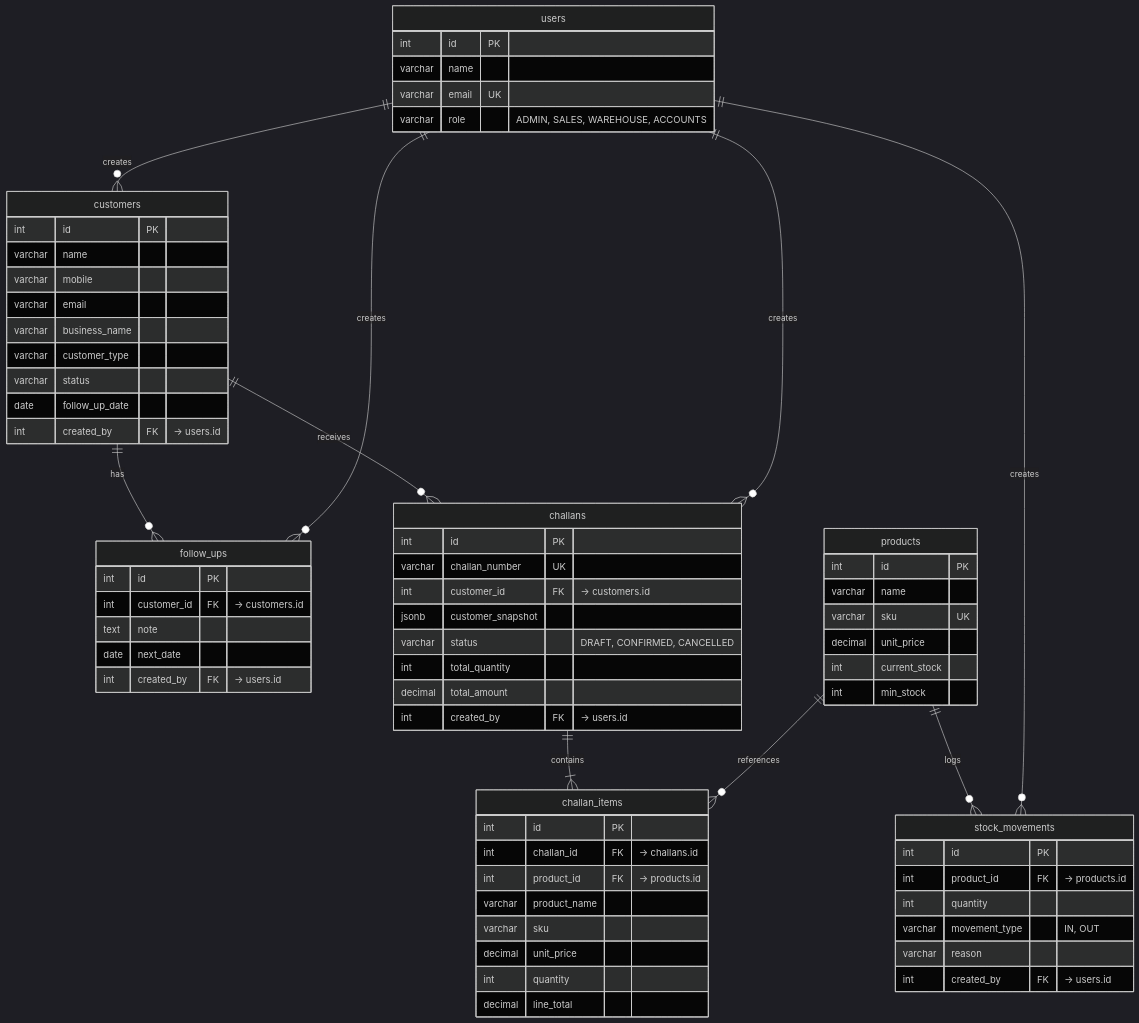
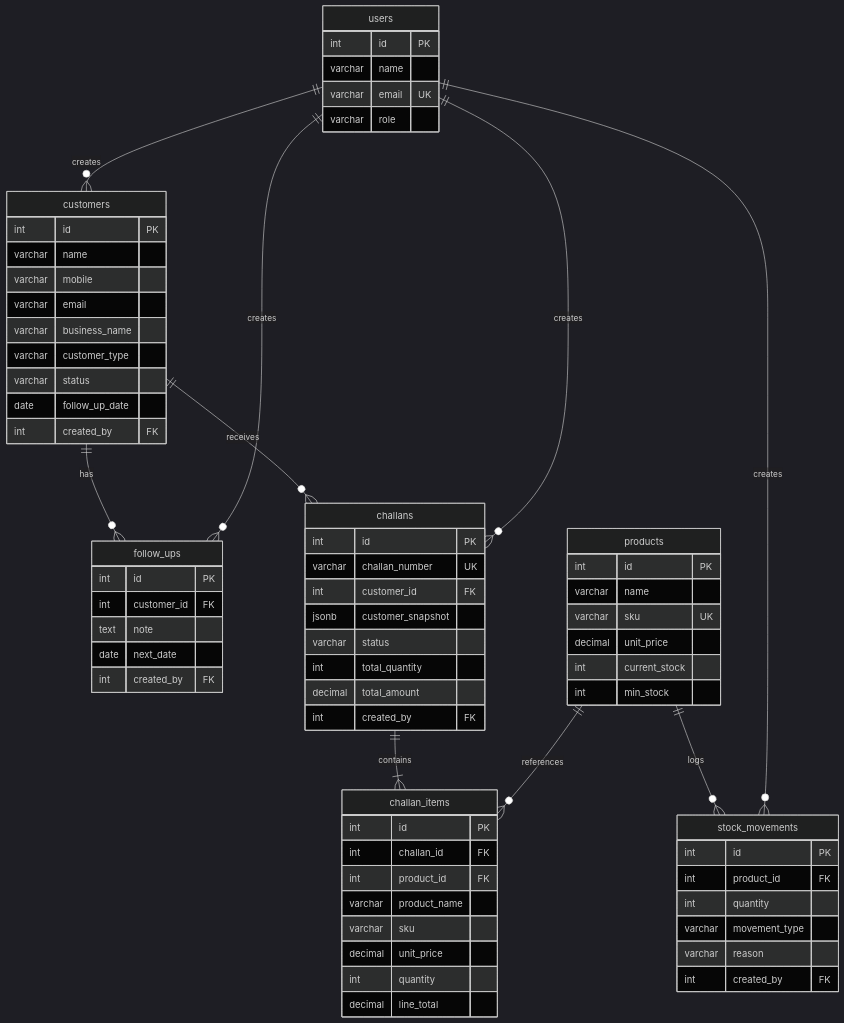
The second of 2 diagrams in docs/ARCHITECTURE.md (Maadhava-Reddy/flowstack-erp), drawn with Mermaid (dark theme) before and after one commit. The commit also changed other lines of this file, not shown here.

Commit message:
fix: correct Mermaid syntax in ARCHITECTURE.md so GitHub can render diagrams properly

````diff
--- a/docs/ARCHITECTURE.md
+++ b/docs/ARCHITECTURE.md
@@ -66,79 +66,79 @@
 ```mermaid
 erDiagram
     users {
         int id PK
         varchar name
         varchar email UK
-        varchar role "ADMIN, SALES, WAREHOUSE, ACCOUNTS"
+        varchar role
     }
     
     customers {
         int id PK
         varchar name
         varchar mobile
         varchar email
         varchar business_name
         varchar customer_type
         varchar status
         date follow_up_date
-        int created_by FK "-> users.id"
+        int created_by FK
     }
     
     follow_ups {
         int id PK
-        int customer_id FK "-> customers.id"
+        int customer_id FK
         text note
         date next_date
-        int created_by FK "-> users.id"
+        int created_by FK
     }
 
     products {
         int id PK
         varchar name
         varchar sku UK
         decimal unit_price
         int current_stock
         int min_stock
     }
 
     stock_movements {
         int id PK
-        int product_id FK "-> products.id"
+        int product_id FK
         int quantity
-        varchar movement_type "IN, OUT"
+        varchar movement_type
         varchar reason
-        int created_by FK "-> users.id"
+        int created_by FK
     }
 
     challans {
         int id PK
         varchar challan_number UK
-        int customer_id FK "-> customers.id"
+        int customer_id FK
         jsonb customer_snapshot
-        varchar status "DRAFT, CONFIRMED, CANCELLED"
+        varchar status
         int total_quantity
         decimal total_amount
-        int created_by FK "-> users.id"
+        int created_by FK
     }
     
     challan_items {
         int id PK
-        int challan_id FK "-> challans.id"
-        int product_id FK "-> products.id"
+        int challan_id FK
+        int product_id FK
         varchar product_name
         varchar sku
         decimal unit_price
         int quantity
         decimal line_total
     }
 
     users ||--o{ customers : creates
     customers ||--o{ follow_ups : has
     users ||--o{ follow_ups : creates
     products ||--o{ stock_movements : logs
     users ||--o{ stock_movements : creates
     customers ||--o{ challans : receives
     users ||--o{ challans : creates
     challans ||--|{ challan_items : contains
     products ||--o{ challan_items : references
 ```
````
